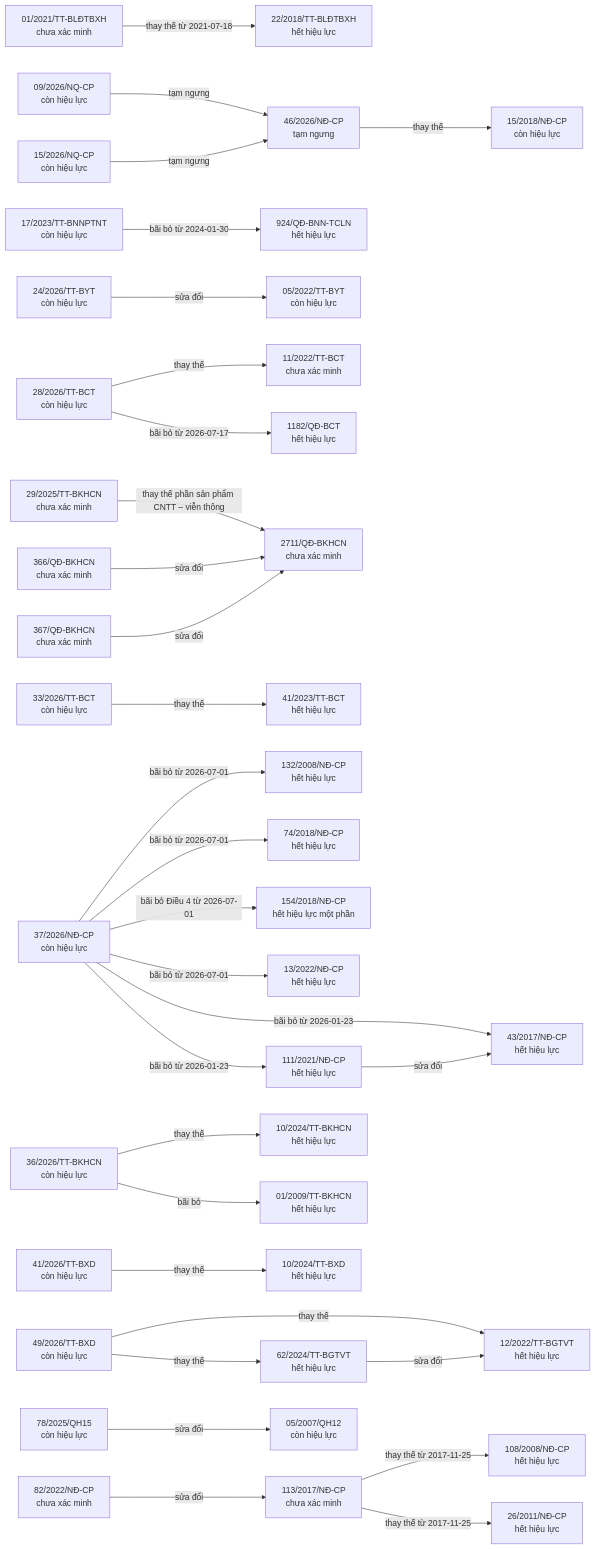
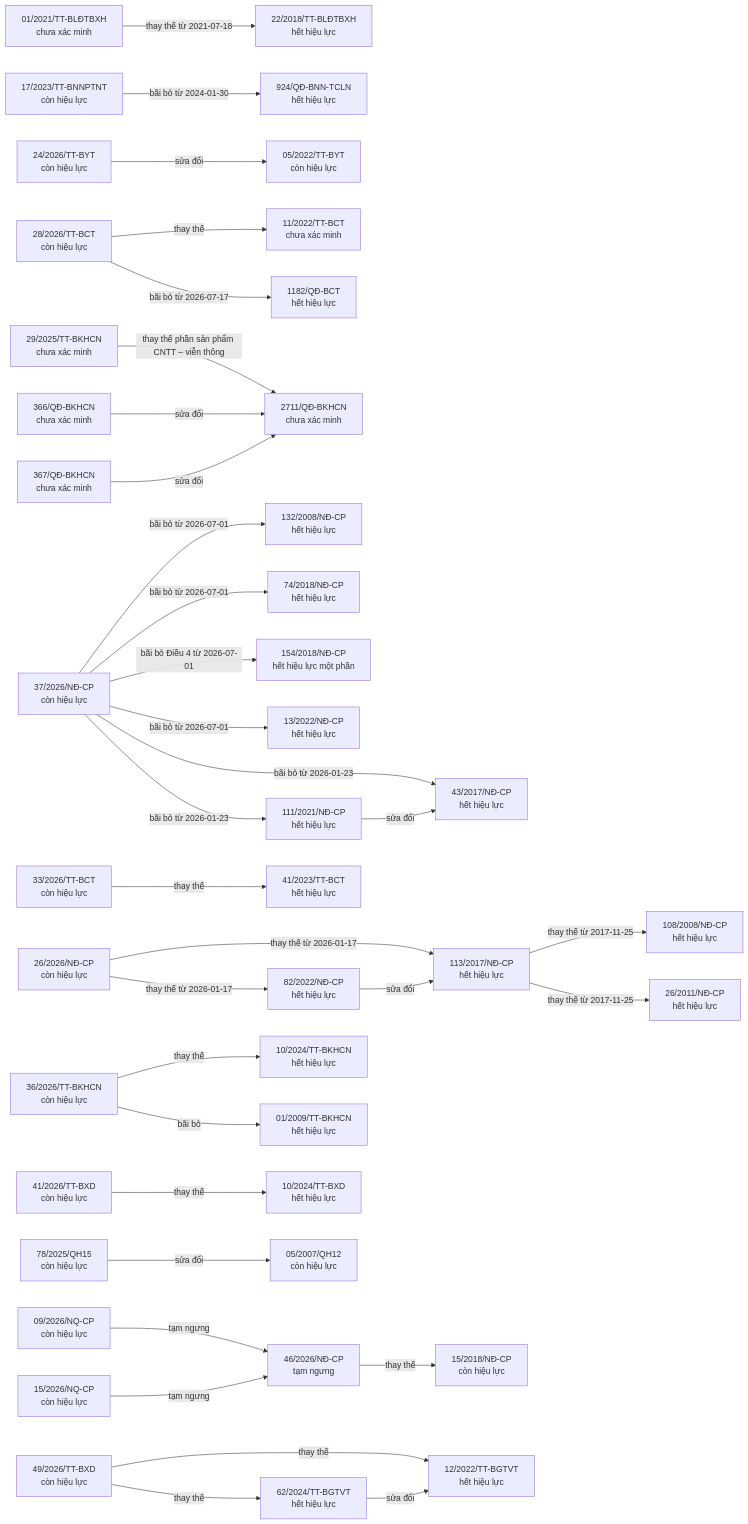
Before and after one commit to ozvietnam/oz-wiki-plhq: the third of 8 diagrams in bao-cao/quan-he.md, drawn with Mermaid. The commit also changed other lines of this file and 4 other files, not shown here.

````diff
--- a/bao-cao/quan-he.md
+++ b/bao-cao/quan-he.md
@@ -37,72 +37,75 @@
 ```mermaid
 flowchart LR
   n_01_2021_TT_BL_TBXH["01/2021/TT-BLĐTBXH<br/>chưa xác minh"]
   n_22_2018_TT_BL_TBXH["22/2018/TT-BLĐTBXH<br/>hết hiệu lực"]
   n_09_2026_NQ_CP["09/2026/NQ-CP<br/>còn hiệu lực"]
   n_46_2026_N__CP["46/2026/NĐ-CP<br/>tạm ngưng"]
   n_111_2021_N__CP["111/2021/NĐ-CP<br/>hết hiệu lực"]
   n_43_2017_N__CP["43/2017/NĐ-CP<br/>hết hiệu lực"]
-  n_113_2017_N__CP["113/2017/NĐ-CP<br/>chưa xác minh"]
+  n_113_2017_N__CP["113/2017/NĐ-CP<br/>hết hiệu lực"]
   n_108_2008_N__CP["108/2008/NĐ-CP<br/>hết hiệu lực"]
   n_26_2011_N__CP["26/2011/NĐ-CP<br/>hết hiệu lực"]
   n_15_2026_NQ_CP["15/2026/NQ-CP<br/>còn hiệu lực"]
   n_17_2023_TT_BNNPTNT["17/2023/TT-BNNPTNT<br/>còn hiệu lực"]
   n_924_Q__BNN_TCLN["924/QĐ-BNN-TCLN<br/>hết hiệu lực"]
   n_24_2026_TT_BYT["24/2026/TT-BYT<br/>còn hiệu lực"]
   n_05_2022_TT_BYT["05/2022/TT-BYT<br/>còn hiệu lực"]
+  n_26_2026_N__CP["26/2026/NĐ-CP<br/>còn hiệu lực"]
+  n_82_2022_N__CP["82/2022/NĐ-CP<br/>hết hiệu lực"]
   n_28_2026_TT_BCT["28/2026/TT-BCT<br/>còn hiệu lực"]
   n_11_2022_TT_BCT["11/2022/TT-BCT<br/>chưa xác minh"]
   n_1182_Q__BCT["1182/QĐ-BCT<br/>hết hiệu lực"]
   n_29_2025_TT_BKHCN["29/2025/TT-BKHCN<br/>chưa xác minh"]
   n_2711_Q__BKHCN["2711/QĐ-BKHCN<br/>chưa xác minh"]
   n_33_2026_TT_BCT["33/2026/TT-BCT<br/>còn hiệu lực"]
   n_41_2023_TT_BCT["41/2023/TT-BCT<br/>hết hiệu lực"]
   n_36_2026_TT_BKHCN["36/2026/TT-BKHCN<br/>còn hiệu lực"]
   n_10_2024_TT_BKHCN["10/2024/TT-BKHCN<br/>hết hiệu lực"]
   n_01_2009_TT_BKHCN["01/2009/TT-BKHCN<br/>hết hiệu lực"]
   n_366_Q__BKHCN["366/QĐ-BKHCN<br/>chưa xác minh"]
   n_367_Q__BKHCN["367/QĐ-BKHCN<br/>chưa xác minh"]
   n_37_2026_N__CP["37/2026/NĐ-CP<br/>còn hiệu lực"]
   n_132_2008_N__CP["132/2008/NĐ-CP<br/>hết hiệu lực"]
   n_74_2018_N__CP["74/2018/NĐ-CP<br/>hết hiệu lực"]
   n_154_2018_N__CP["154/2018/NĐ-CP<br/>hết hiệu lực một phần"]
   n_13_2022_N__CP["13/2022/NĐ-CP<br/>hết hiệu lực"]
   n_41_2026_TT_BXD["41/2026/TT-BXD<br/>còn hiệu lực"]
   n_10_2024_TT_BXD["10/2024/TT-BXD<br/>hết hiệu lực"]
   n_15_2018_N__CP["15/2018/NĐ-CP<br/>còn hiệu lực"]
   n_49_2026_TT_BXD["49/2026/TT-BXD<br/>còn hiệu lực"]
   n_12_2022_TT_BGTVT["12/2022/TT-BGTVT<br/>hết hiệu lực"]
   n_62_2024_TT_BGTVT["62/2024/TT-BGTVT<br/>hết hiệu lực"]
   n_78_2025_QH15["78/2025/QH15<br/>còn hiệu lực"]
   n_05_2007_QH12["05/2007/QH12<br/>còn hiệu lực"]
-  n_82_2022_N__CP["82/2022/NĐ-CP<br/>chưa xác minh"]
   n_01_2021_TT_BL_TBXH -->|thay thế từ 2021-07-18| n_22_2018_TT_BL_TBXH
   n_09_2026_NQ_CP -->|tạm ngưng| n_46_2026_N__CP
   n_111_2021_N__CP -->|sửa đổi| n_43_2017_N__CP
   n_113_2017_N__CP -->|thay thế từ 2017-11-25| n_108_2008_N__CP
   n_113_2017_N__CP -->|thay thế từ 2017-11-25| n_26_2011_N__CP
   n_15_2026_NQ_CP -->|tạm ngưng| n_46_2026_N__CP
   n_17_2023_TT_BNNPTNT -->|bãi bỏ từ 2024-01-30| n_924_Q__BNN_TCLN
   n_24_2026_TT_BYT -->|sửa đổi| n_05_2022_TT_BYT
+  n_26_2026_N__CP -->|thay thế từ 2026-01-17| n_113_2017_N__CP
+  n_26_2026_N__CP -->|thay thế từ 2026-01-17| n_82_2022_N__CP
   n_28_2026_TT_BCT -->|thay thế| n_11_2022_TT_BCT
   n_28_2026_TT_BCT -->|bãi bỏ từ 2026-07-17| n_1182_Q__BCT
   n_29_2025_TT_BKHCN -->|thay thế phần sản phẩm CNTT – viễn thông| n_2711_Q__BKHCN
   n_33_2026_TT_BCT -->|thay thế| n_41_2023_TT_BCT
   n_36_2026_TT_BKHCN -->|thay thế| n_10_2024_TT_BKHCN
   n_36_2026_TT_BKHCN -->|bãi bỏ| n_01_2009_TT_BKHCN
   n_366_Q__BKHCN -->|sửa đổi| n_2711_Q__BKHCN
   n_367_Q__BKHCN -->|sửa đổi| n_2711_Q__BKHCN
   n_37_2026_N__CP -->|bãi bỏ từ 2026-07-01| n_132_2008_N__CP
   n_37_2026_N__CP -->|bãi bỏ từ 2026-07-01| n_74_2018_N__CP
   n_37_2026_N__CP -->|bãi bỏ Điều 4 từ 2026-07-01| n_154_2018_N__CP
   n_37_2026_N__CP -->|bãi bỏ từ 2026-07-01| n_13_2022_N__CP
   n_37_2026_N__CP -->|bãi bỏ từ 2026-01-23| n_43_2017_N__CP
   n_37_2026_N__CP -->|bãi bỏ từ 2026-01-23| n_111_2021_N__CP
   n_41_2026_TT_BXD -->|thay thế| n_10_2024_TT_BXD
   n_46_2026_N__CP -->|thay thế| n_15_2018_N__CP
   n_49_2026_TT_BXD -->|thay thế| n_12_2022_TT_BGTVT
   n_49_2026_TT_BXD -->|thay thế| n_62_2024_TT_BGTVT
   n_62_2024_TT_BGTVT -->|sửa đổi| n_12_2022_TT_BGTVT
   n_78_2025_QH15 -->|sửa đổi| n_05_2007_QH12
   n_82_2022_N__CP -->|sửa đổi| n_113_2017_N__CP
 ```
````
